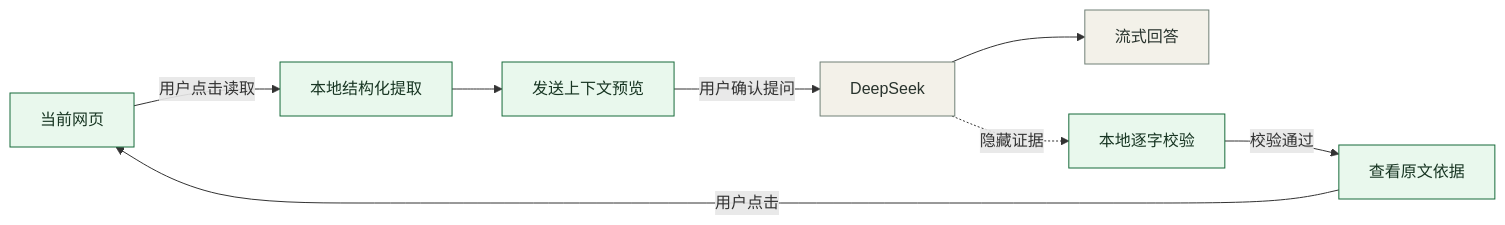
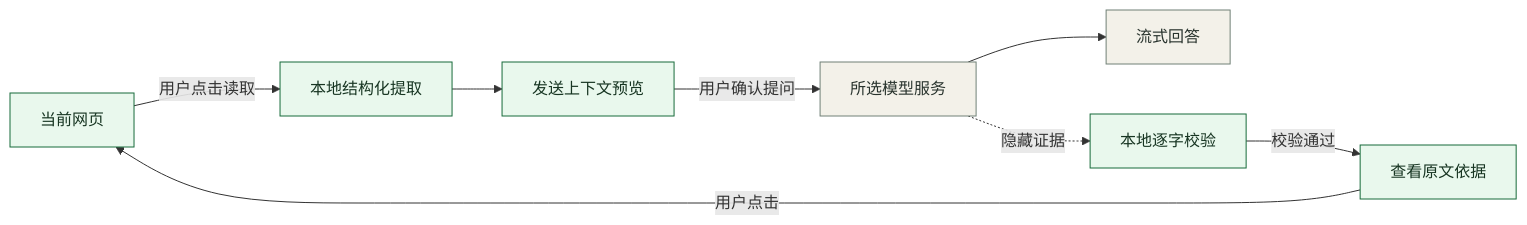
The diagram in README.md (Gongyl01/readaside), drawn with Mermaid before and after one commit. The commit also changed other lines of this file and 6 other files, not shown here.

````diff
--- a/README.md
+++ b/README.md
@@ -102,15 +104,15 @@
 ```mermaid
 flowchart LR
     PAGE[当前网页] -->|用户点击读取| EXTRACT[本地结构化提取]
     EXTRACT --> PREVIEW[发送上下文预览]
-    PREVIEW -->|用户确认提问| MODEL[DeepSeek]
+    PREVIEW -->|用户确认提问| MODEL[所选模型服务]
     MODEL --> ANSWER[流式回答]
     MODEL -. 隐藏证据 .-> VERIFY[本地逐字校验]
     VERIFY -->|校验通过| ACTION[查看原文依据]
     ACTION -->|用户点击| PAGE
 
     classDef local fill:#E9F8ED,stroke:#176B3A,color:#173522;
     classDef remote fill:#F3F1E9,stroke:#708077,color:#28332D;
     class PAGE,EXTRACT,PREVIEW,VERIFY,ACTION local;
     class MODEL,ANSWER remote;
 ```
````
